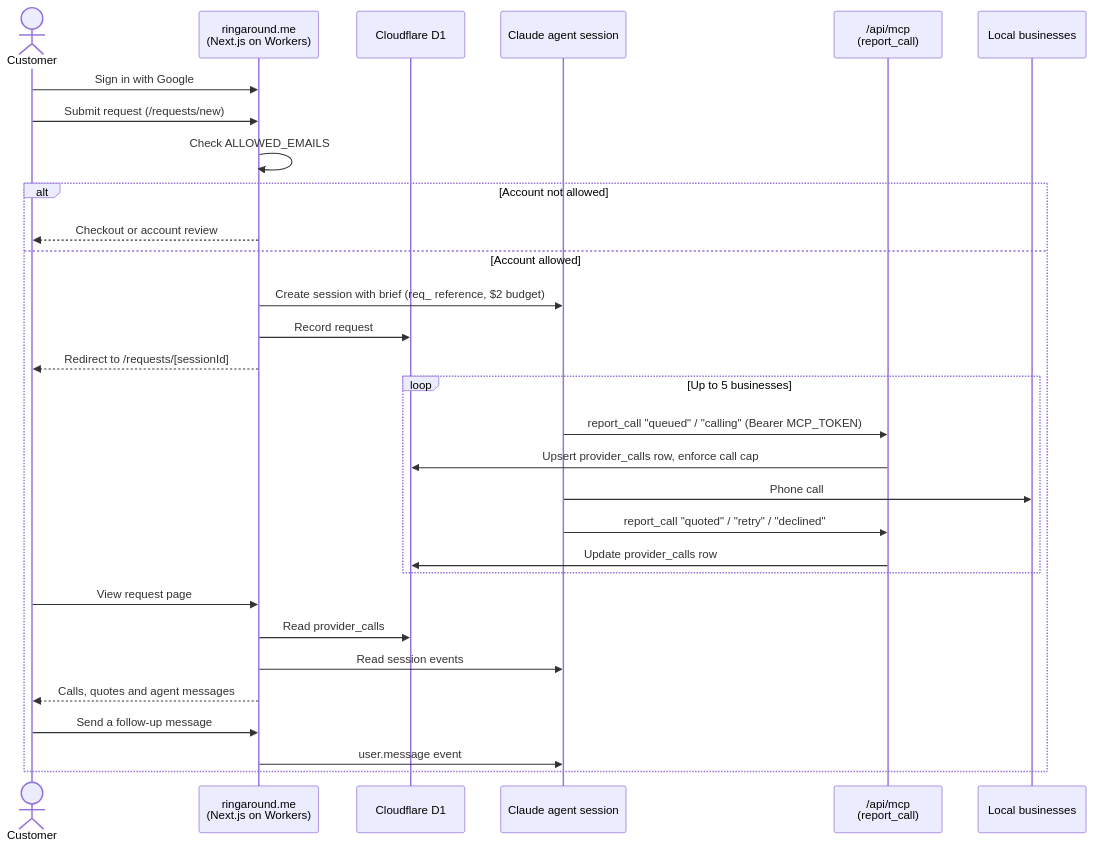
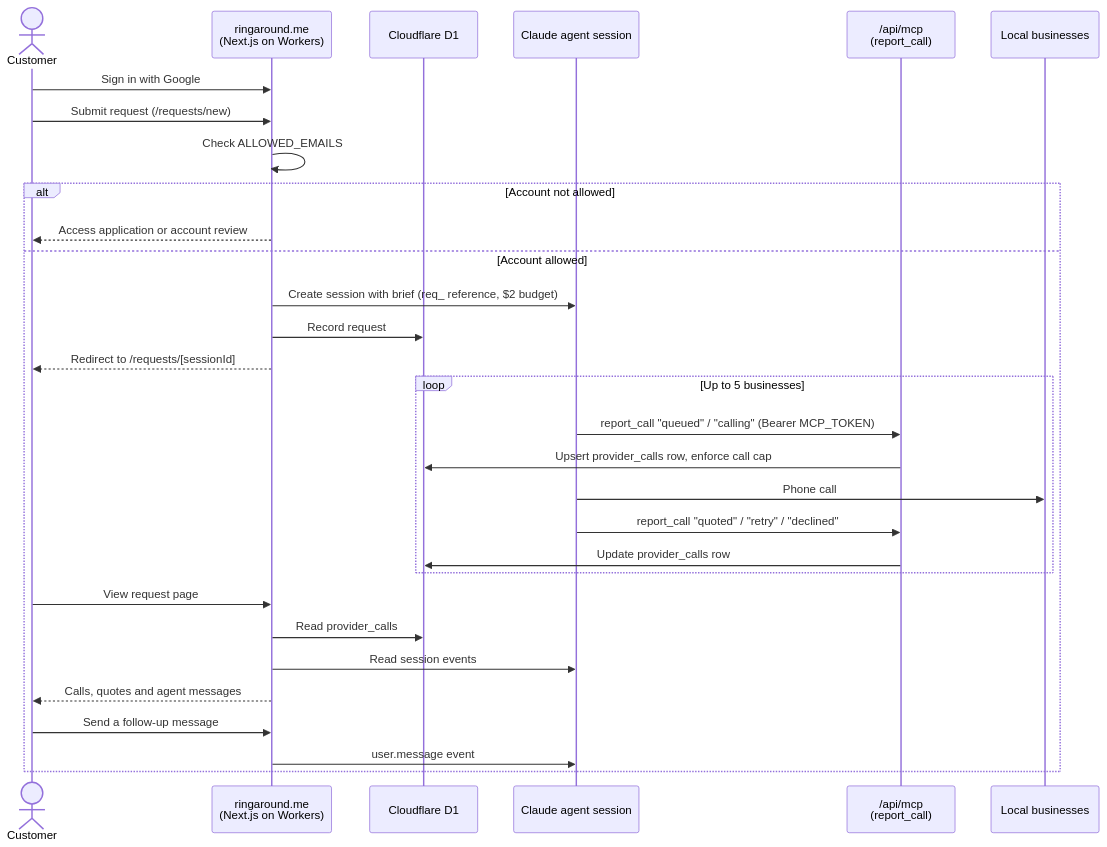
The diagram in README.md (RingAround/web-frontend), drawn with Mermaid before and after one commit. The commit also changed other lines of this file and 13 other files, not shown here.

````diff
--- a/README.md
+++ b/README.md
@@ -11,33 +11,33 @@
 ```mermaid
 sequenceDiagram
     actor Customer
     participant Web as ringaround.me<br/>(Next.js on Workers)
     participant D1 as Cloudflare D1
     participant Agent as Claude agent session
     participant MCP as /api/mcp<br/>(report_call)
     participant Biz as Local businesses
 
     Customer->>Web: Sign in with Google
     Customer->>Web: Submit request (/requests/new)
     Web->>Web: Check ALLOWED_EMAILS
     alt Account not allowed
-        Web-->>Customer: Checkout or account review
+        Web-->>Customer: Access application or account review
     else Account allowed
         Web->>Agent: Create session with brief (req_ reference, $2 budget)
         Web->>D1: Record request
         Web-->>Customer: Redirect to /requests/[sessionId]
         loop Up to 5 businesses
             Agent->>MCP: report_call "queued" / "calling" (Bearer MCP_TOKEN)
             MCP->>D1: Upsert provider_calls row, enforce call cap
             Agent->>Biz: Phone call
             Agent->>MCP: report_call "quoted" / "retry" / "declined"
             MCP->>D1: Update provider_calls row
         end
         Customer->>Web: View request page
         Web->>D1: Read provider_calls
         Web->>Agent: Read session events
         Web-->>Customer: Calls, quotes and agent messages
         Customer->>Web: Send a follow-up message
         Web->>Agent: user.message event
     end
 ```
````
